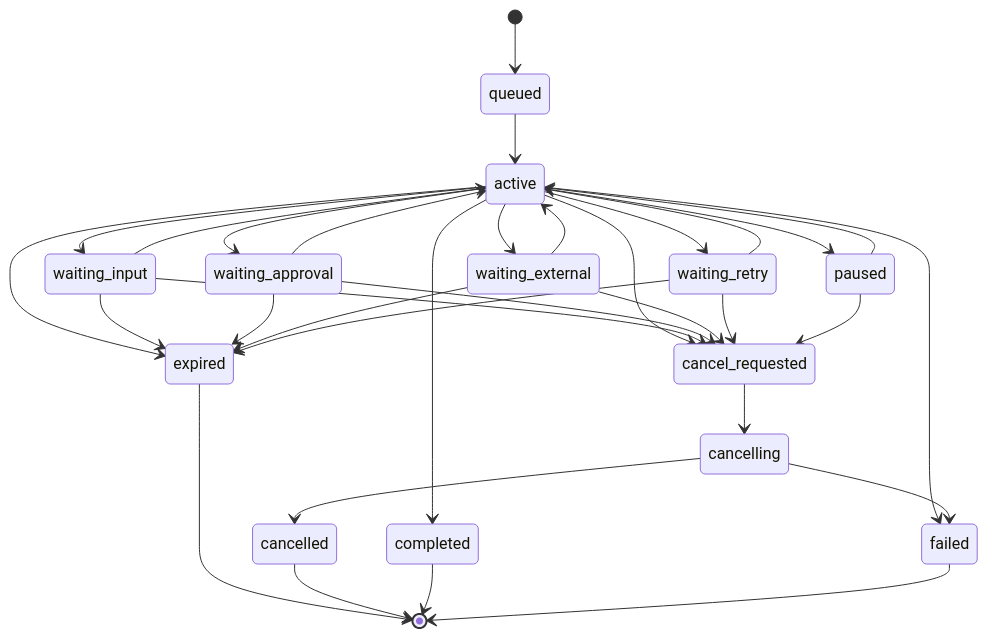
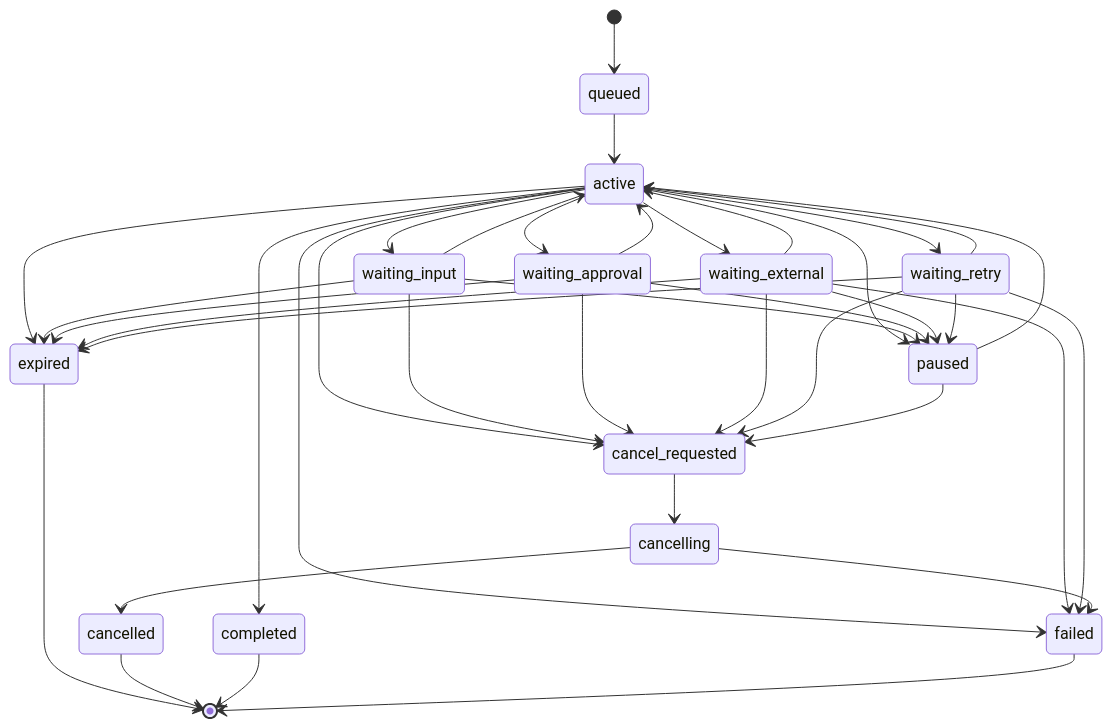
Before and after one commit to Carlehyy/OpenOntology: the diagram in docs/architecture/super-assistant-execution-model.md, drawn with Mermaid. The commit also changed other lines of this file, not shown here.

Commit message:
docs: align waiting state transitions

````diff
--- a/docs/architecture/super-assistant-execution-model.md
+++ b/docs/architecture/super-assistant-execution-model.md
@@ -25,35 +25,41 @@
 ```mermaid
 stateDiagram-v2
     [*] --> queued
     queued --> active
     active --> waiting_input
     active --> waiting_approval
     active --> waiting_external
     active --> waiting_retry
     active --> paused
     active --> cancel_requested
     active --> completed
     active --> failed
     waiting_input --> active
     waiting_approval --> active
     waiting_external --> active
     waiting_retry --> active
+    waiting_input --> paused
+    waiting_approval --> paused
+    waiting_external --> paused
+    waiting_retry --> paused
+    waiting_external --> failed
+    waiting_retry --> failed
     waiting_input --> cancel_requested
     waiting_approval --> cancel_requested
     waiting_external --> cancel_requested
     waiting_retry --> cancel_requested
     paused --> active
     paused --> cancel_requested
     cancel_requested --> cancelling
     cancelling --> cancelled
     cancelling --> failed
     active --> expired
     waiting_input --> expired
     waiting_approval --> expired
     waiting_external --> expired
     waiting_retry --> expired
     expired --> [*]
     cancelled --> [*]
     completed --> [*]
     failed --> [*]
 ```
````
